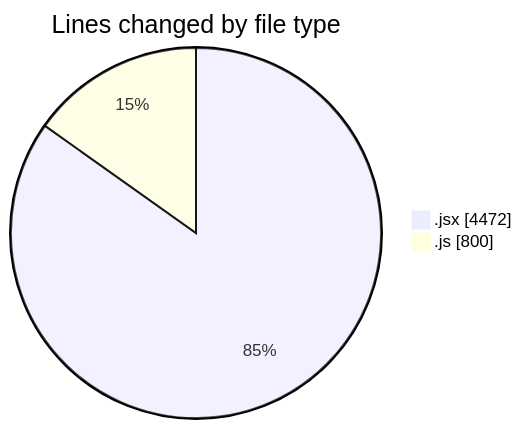
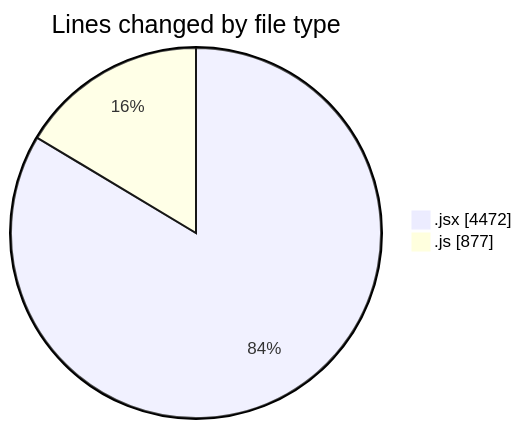
One commit to nxtqubesakshisongat/code-tracking changed the first of 2 diagrams in 2025-07-21/nxtqube_webapp/README.md. Above: the diagram before and after it, drawn with Mermaid. The commit also changed other lines of this file and 1 other file, not shown here.

````diff
--- a/2025-07-21/nxtqube_webapp/README.md
+++ b/2025-07-21/nxtqube_webapp/README.md
@@ -27,6 +27,6 @@
 ```mermaid
 pie showData
 title Lines changed by file type
 ".jsx" : 4472
-".js" : 800
+".js" : 877
 ```
````
